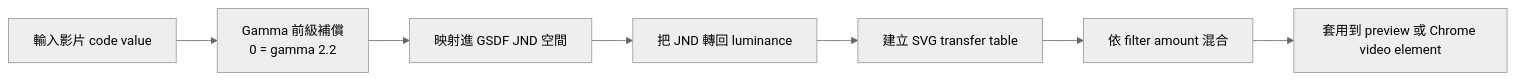
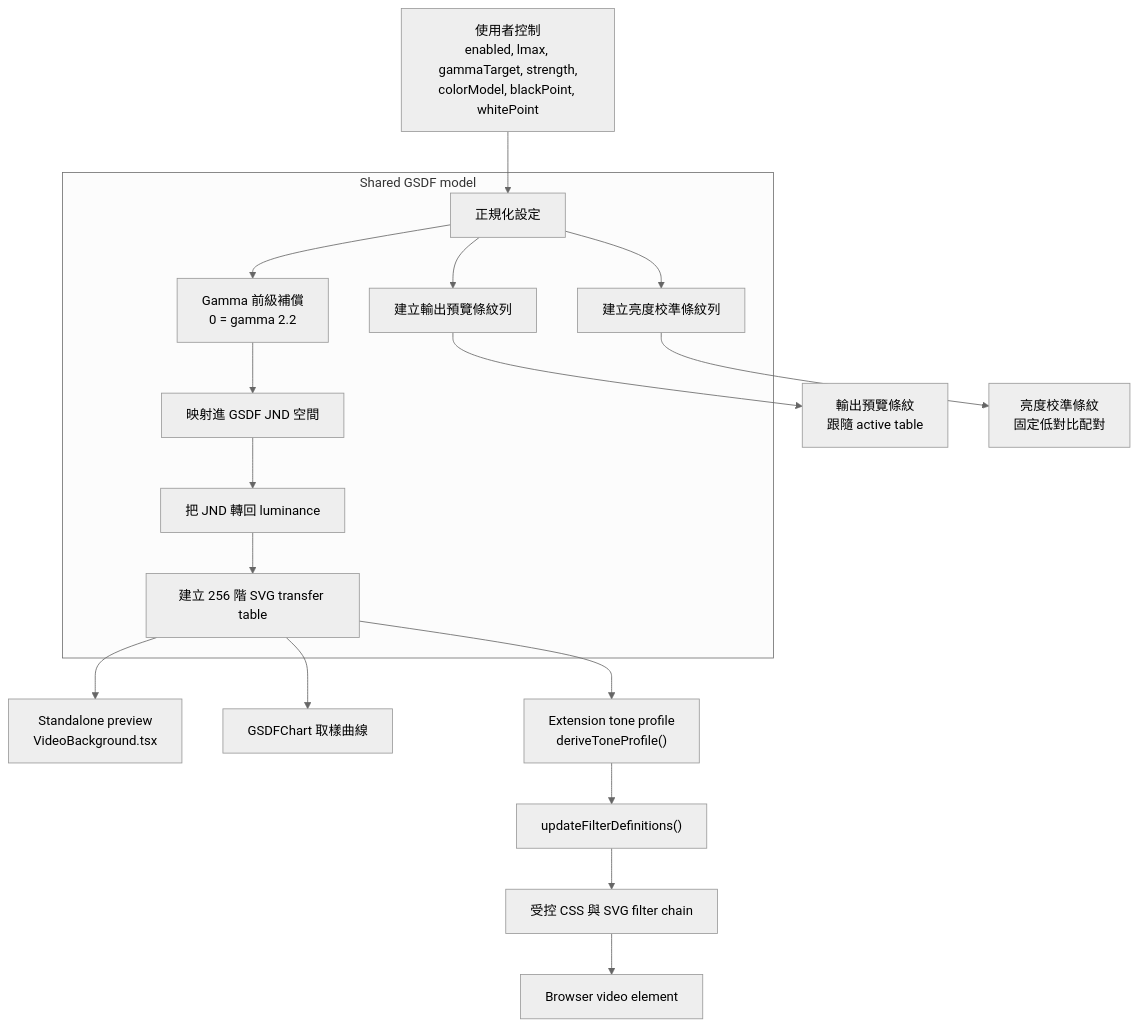
The diagram in README.ZHTW.md (pingqLIN/gsdf-eotf-video-adjuster), drawn with Mermaid (neutral theme) before and after one commit. The commit also changed 3 other files, not shown here.

````diff
--- a/README.ZHTW.md
+++ b/README.ZHTW.md
@@ -26,9 +26,22 @@
 ```mermaid
-flowchart LR
-  A["輸入影片 code value"] --> B["Gamma 前級補償<br/>0 = gamma 2.2"]
-  B --> C["映射進 GSDF JND 空間"]
-  C --> D["把 JND 轉回 luminance"]
-  D --> E["建立 SVG transfer table"]
-  E --> F["依 filter amount 混合"]
-  F --> G["套用到 preview 或 Chrome video element"]
+flowchart TD
+  A["使用者控制<br/>enabled, lmax, gammaTarget, strength,<br/>colorModel, blackPoint, whitePoint"] --> B["正規化設定"]
+
+  subgraph M["Shared GSDF model"]
+    B --> C["Gamma 前級補償<br/>0 = gamma 2.2"]
+    C --> D["映射進 GSDF JND 空間"]
+    D --> E["把 JND 轉回 luminance"]
+    E --> F["建立 256 階 SVG transfer table"]
+    B --> G["建立輸出預覽條紋列"]
+    B --> H["建立亮度校準條紋列"]
+  end
+
+  F --> I["Standalone preview<br/>VideoBackground.tsx"]
+  F --> J["GSDFChart 取樣曲線"]
+  F --> K["Extension tone profile<br/>deriveToneProfile()"]
+  G --> L["輸出預覽條紋<br/>跟隨 active table"]
+  H --> N["亮度校準條紋<br/>固定低對比配對"]
+  K --> O["updateFilterDefinitions()"]
+  O --> P["受控 CSS 與 SVG filter chain"]
+  P --> Q["Browser video element"]
 ```
````
